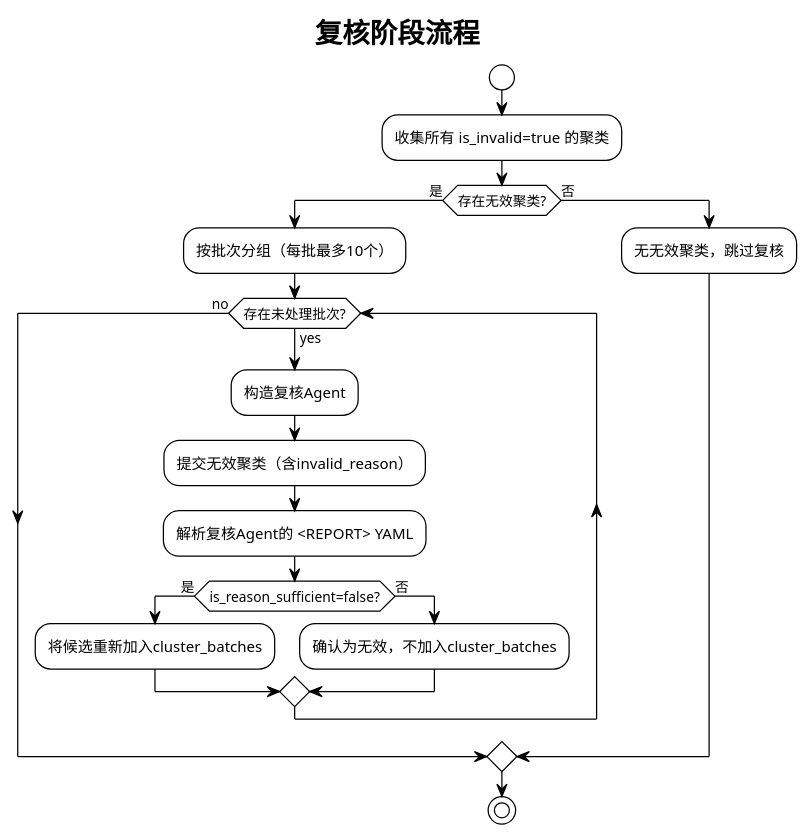
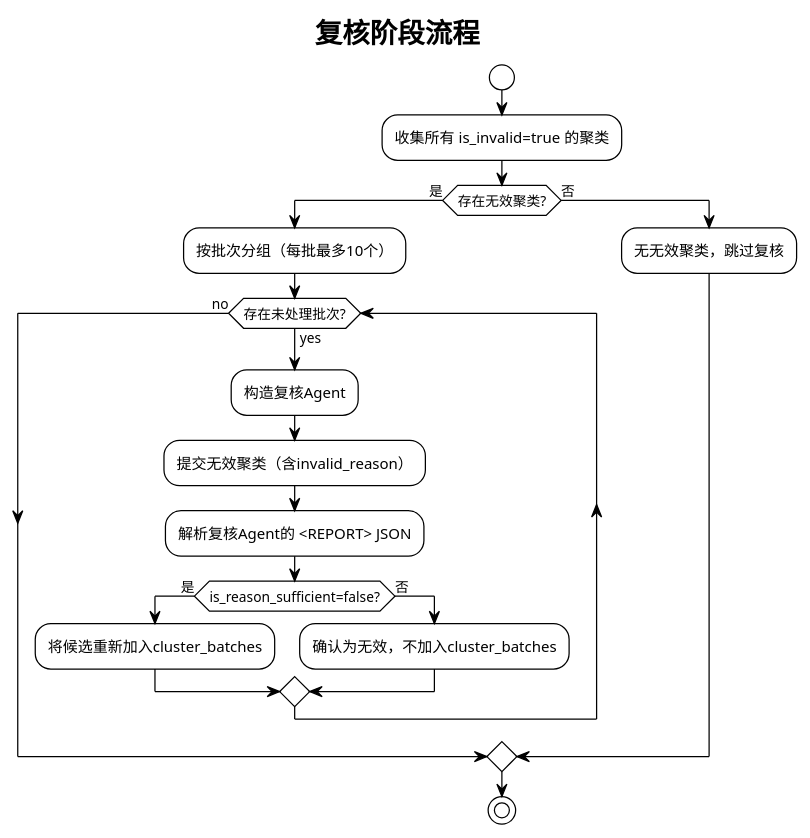
Before and after one commit to skyfireitdiy/Jarvis: diagram 37 of 60 in 技术报告.md, drawn with PlantUML. The commit also changed other lines of this file, not shown here.

````diff
--- a/技术报告.md
+++ b/技术报告.md
@@ -3345,25 +3353,25 @@
 ```plantuml
 @startuml
 !theme plain
 title 复核阶段流程
 
 start
 :收集所有 is_invalid=true 的聚类;
 if (存在无效聚类?) then (是)
   :按批次分组（每批最多10个）;
   while (存在未处理批次?) is (yes)
     :构造复核Agent;
     :提交无效聚类（含invalid_reason）;
-    :解析复核Agent的 <REPORT> YAML;
+    :解析复核Agent的 <REPORT> JSON;
     if (is_reason_sufficient=false?) then (是)
       :将候选重新加入cluster_batches;
     else (否)
       :确认为无效，不加入cluster_batches;
     endif
   endwhile (no)
 else (否)
   :无无效聚类，跳过复核;
 endif
 stop
 @enduml
 ```
````
